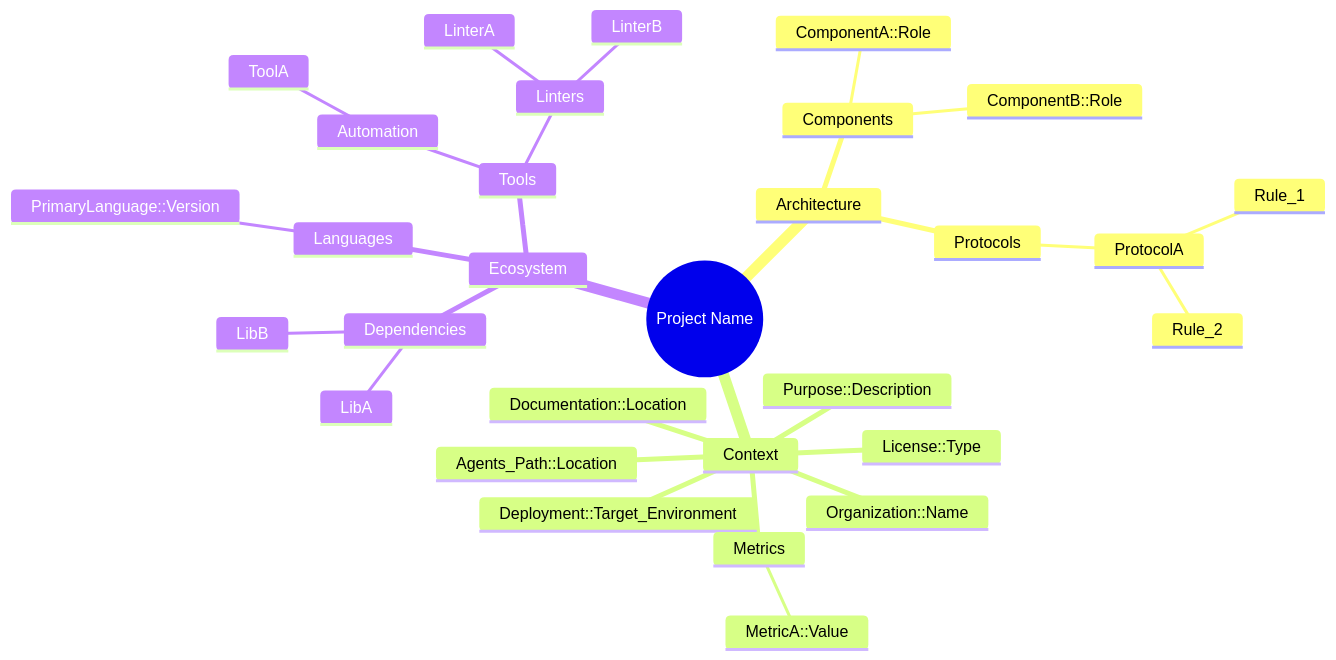
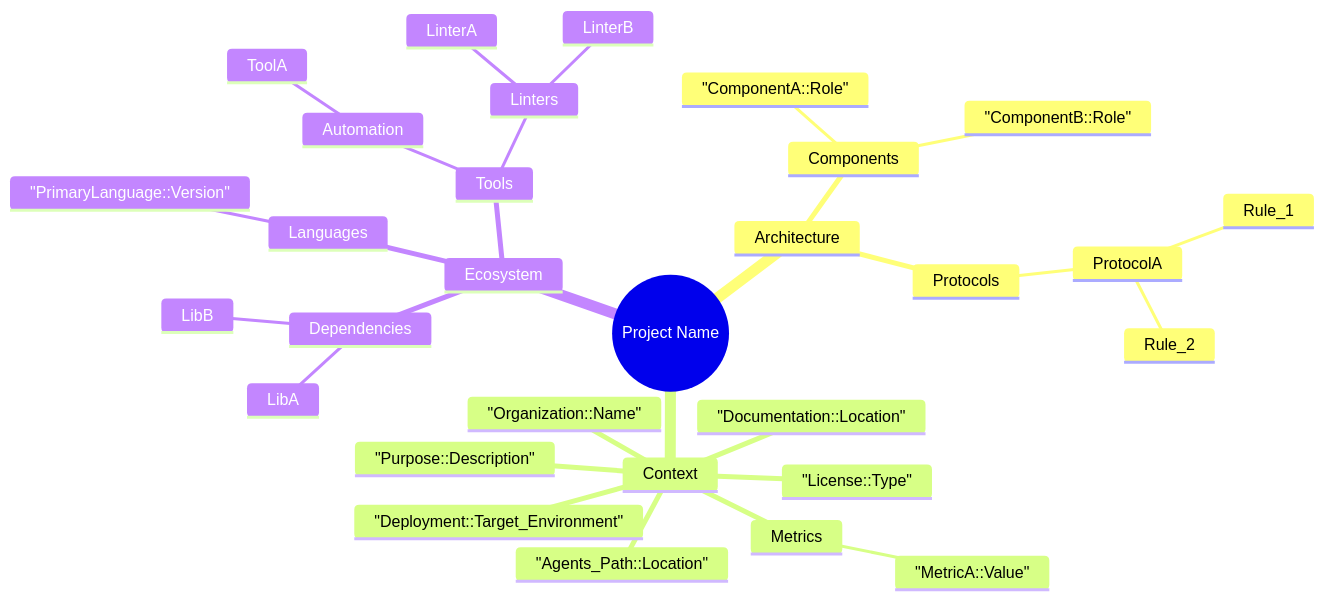
One commit to Cogni-AI-OU/cogni-ai-agent-skills changed diagram 13 of 22 in mermaid/SKILL.md. Above: the diagram before and after it, drawn with Mermaid. The commit also changed other lines of this file and 1 other file, not shown here.

Commit message:
Fixed Mermaid syntax and parser errors

````diff
--- a/mermaid/SKILL.md
+++ b/mermaid/SKILL.md
@@ -373,35 +373,35 @@
 ```mermaid
 %% Example canonical facts store
 %% Note: Keep items in alphabetical order.
 mindmap
   root((Project Name))
     Architecture
       Components
-        ComponentA::Role
-        ComponentB::Role
+        "ComponentA::Role"
+        "ComponentB::Role"
       Protocols
         ProtocolA
           Rule_1
           Rule_2
     Context
-      Agents_Path::Location
-      Deployment::Target_Environment
-      Documentation::Location
-      License::Type
+      "Agents_Path::Location"
+      "Deployment::Target_Environment"
+      "Documentation::Location"
+      "License::Type"
       Metrics
-        MetricA::Value
-      Organization::Name
-      Purpose::Description
+        "MetricA::Value"
+      "Organization::Name"
+      "Purpose::Description"
     Ecosystem
       Dependencies
         LibA
         LibB
       Languages
-        PrimaryLanguage::Version
+        "PrimaryLanguage::Version"
       Tools
         Automation
           ToolA
         Linters
           LinterA
           LinterB
 ```
````
